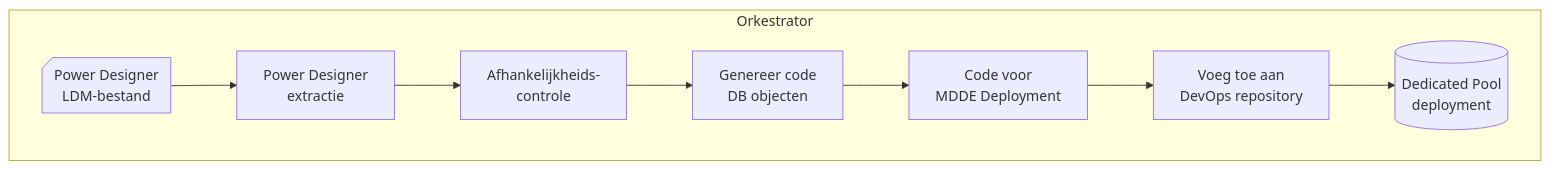
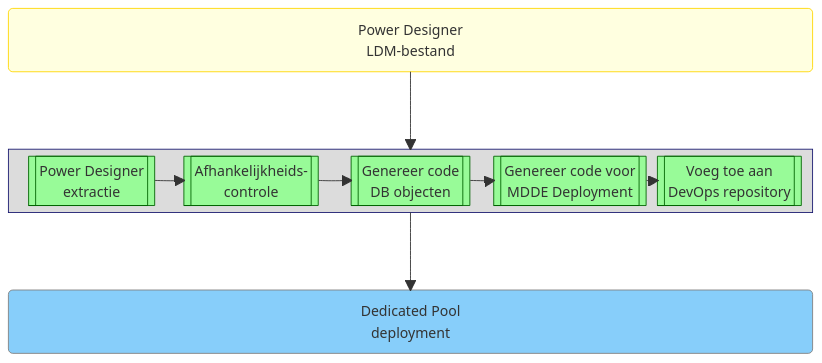
The diagram in etl_templates/docs/index.md (mark-me/temp), drawn with Mermaid before and after one commit. The commit also changed 1 other file, not shown here.

Commit message:
Improved readability

````diff
--- a/etl_templates/docs/index.md
+++ b/etl_templates/docs/index.md
@@ -9,14 +9,28 @@
 ```mermaid
-flowchart LR
-    PDDocument@{ shape: notch-rect, label: "Power Designer<br>LDM-bestand" }
-    RETW@{ shape: rect, label: "Power Designer<br>extractie" }
-    Dependency@{ shape: rect, label: "Afhankelijkheids-<br>controle" }
-    Generator@{ shape: rect, label: "Genereer code<br>DB objecten" }
-    DeployMDDE@{ shape: rect, label: "Code voor<br>MDDE Deployment"}
-    RepositoryHandler@{ shape: rect, label: "Voeg toe aan<br>DevOps repository" }
-    DedicatedPool@{ shape: database, label: "Dedicated Pool<br>deployment" }
-    subgraph Orkestrator
-        direction LR
-        PDDocument --> RETW --> Dependency --> Generator --> DeployMDDE --> RepositoryHandler --> DedicatedPool
+block-beta
+columns 1
+    PDDocument("Power Designer<br>LDM-bestand")
+    space
+    block:Orchestrator
+        RETW[["Power Designer<br>extractie"]]
+        Dependency[["Afhankelijkheids-<br>controle"]]
+        Generator[["Genereer code<br>DB objecten"]]
+        DeployMDDE[["Genereer code voor<br>MDDE Deployment"]]
+        RepositoryHandler[["Voeg toe aan<br>DevOps repository"]]
     end
+    space
+    DedicatedPool("Dedicated Pool<br>deployment")
+    PDDocument --> Orchestrator
+    RETW --> Dependency
+    Dependency --> Generator
+    Generator --> DeployMDDE
+    DeployMDDE --> RepositoryHandler
+    Orchestrator --> DedicatedPool
+
+    style PDDocument fill:#FFFFE0,stroke:#FFD700;
+    style DedicatedPool fill:#87CEFA,stroke:#808080;
+    style Orchestrator fill:#DCDCDC,stroke:#191970;
+
+    classDef genesis fill:#98FB98,stroke:#006400;
+    class RETW,Dependency,Generator,DeployMDDE,RepositoryHandler genesis
 ```
````
